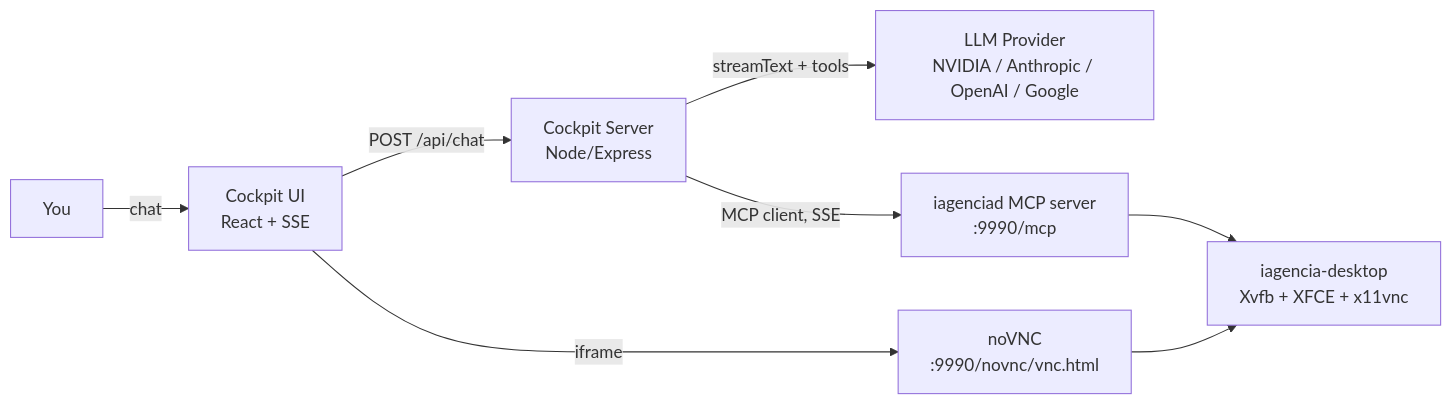
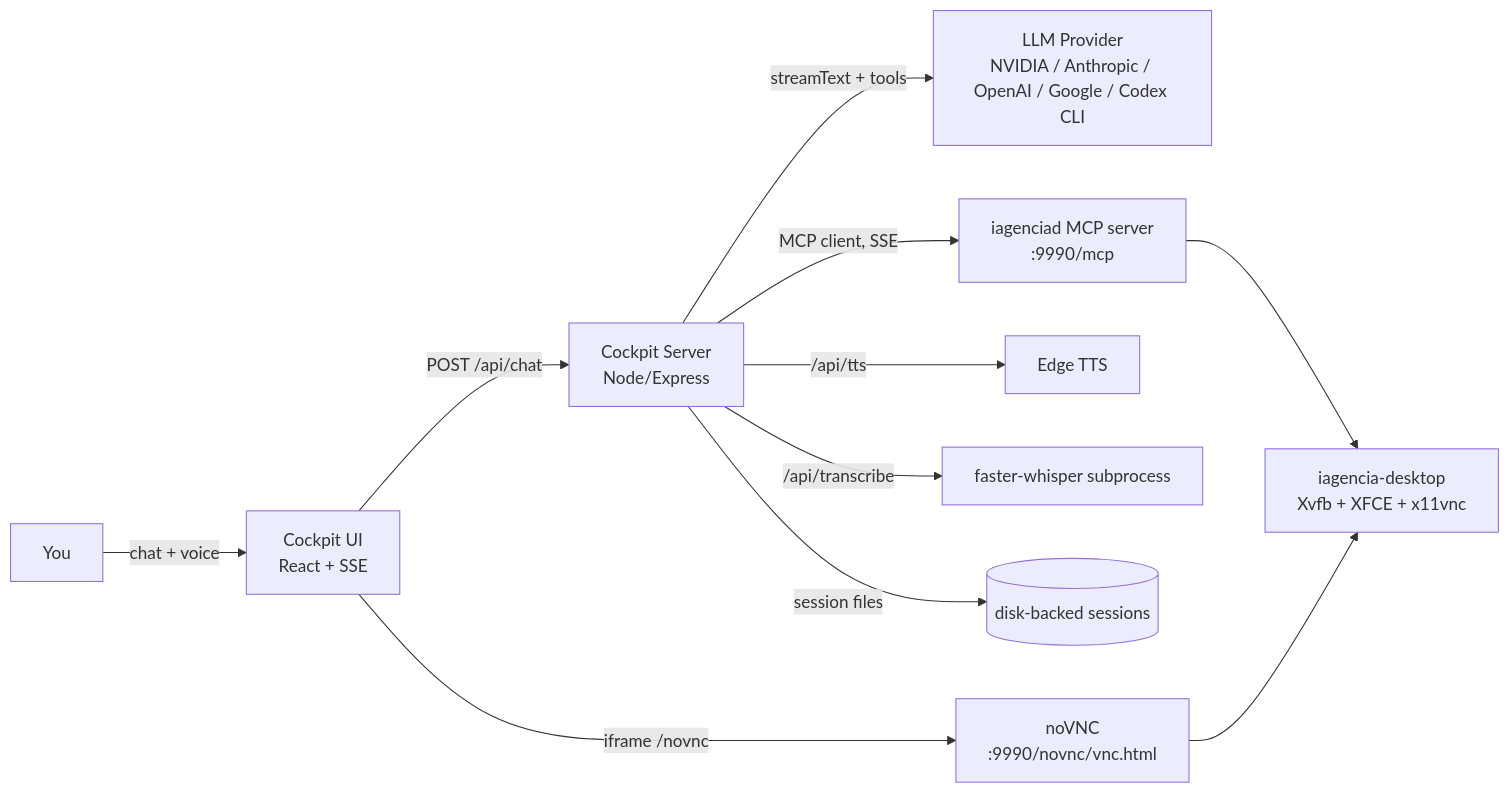
The diagram in cockpit/README.md (dotojr123/open-infra-agent-v2), drawn with Mermaid before and after one commit. The commit also changed other lines of this file and 2 other files, not shown here.

First line of the commit message:
docs(cockpit): document auth, persistence, voice I/O, and prod deploy pattern

````diff
--- a/cockpit/README.md
+++ b/cockpit/README.md
@@ -13,10 +13,13 @@
 ```mermaid
 graph LR
-    U[You] -->|chat| CK[Cockpit UI<br/>React + SSE]
+    U[You] -->|chat + voice| CK[Cockpit UI<br/>React + SSE]
     CK -->|POST /api/chat| SRV[Cockpit Server<br/>Node/Express]
-    SRV -->|streamText + tools| LLM[LLM Provider<br/>NVIDIA / Anthropic / OpenAI / Google]
+    SRV -->|streamText + tools| LLM[LLM Provider<br/>NVIDIA / Anthropic / OpenAI / Google / Codex CLI]
     SRV -->|MCP client, SSE| MCP[iagenciad MCP server<br/>:9990/mcp]
+    SRV -->|/api/tts| TTS[Edge TTS]
+    SRV -->|/api/transcribe| STT[faster-whisper subprocess]
+    SRV -->|session files| DISK[(disk-backed sessions)]
     MCP --> BODY[iagencia-desktop<br/>Xvfb + XFCE + x11vnc]
-    CK -->|iframe| NOVNC[noVNC<br/>:9990/novnc/vnc.html]
+    CK -->|iframe /novnc| NOVNC[noVNC<br/>:9990/novnc/vnc.html]
     NOVNC --> BODY
 ```
````
